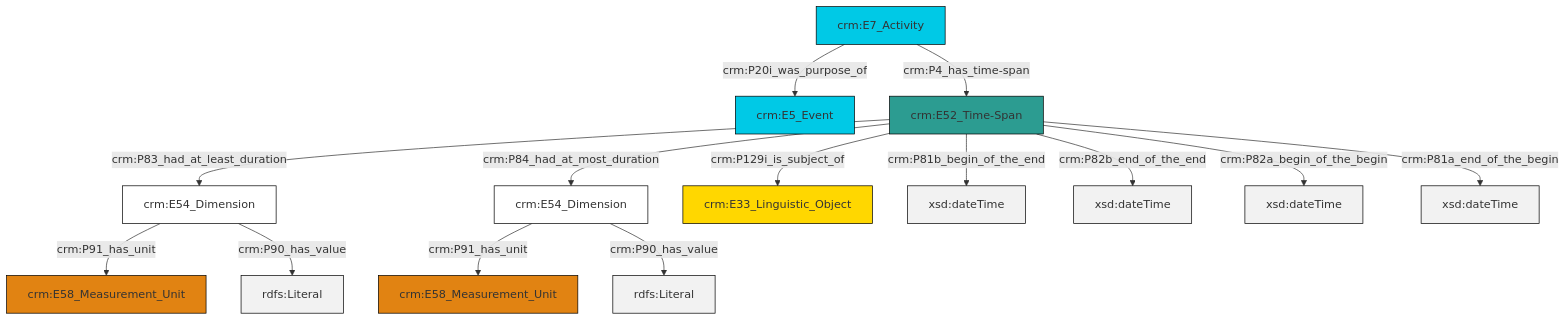
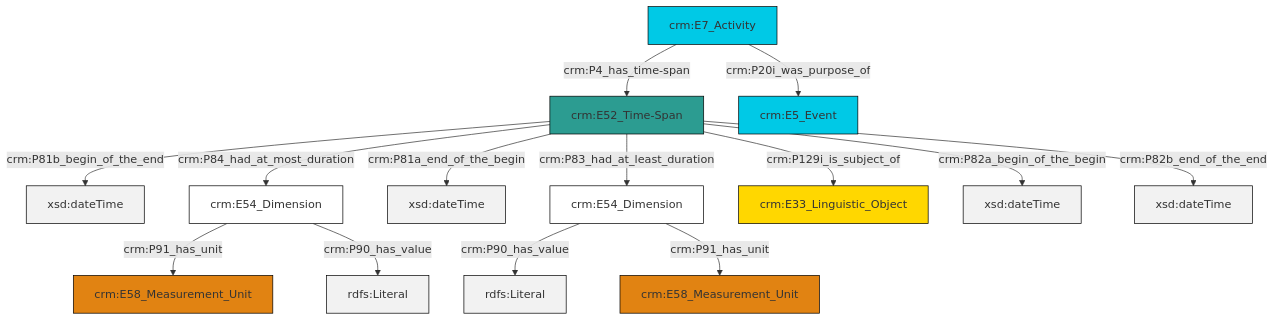
One commit to swiss-art-research-net/reference-data-models changed the diagram in et/eventCSV/ttl/mmd/event_existence.ttl.mmd. Above: the diagram before and after it, drawn with Mermaid. The commit also changed 153 other files, not shown here.

```diff
--- a/et/eventCSV/ttl/mmd/event_existence.ttl.mmd
+++ b/et/eventCSV/ttl/mmd/event_existence.ttl.mmd
@@ -1,28 +1,28 @@
 graph TD
 classDef Literal fill:#f2f2f2,stroke:#000000;
 classDef CRM_Entity fill:#FFFFFF,stroke:#000000;
 classDef Temporal_Entity fill:#00C9E6, stroke:#000000;
 classDef Type fill:#E18312, stroke:#000000;
 classDef Time-Span fill:#2C9C91, stroke:#000000;
 classDef Appellation fill:#FFEB7F, stroke:#000000;
 classDef Place fill:#008836, stroke:#000000;
 classDef Persistent_Item fill:#B266B2, stroke:#000000;
 classDef Conceptual_Object fill:#FFD700, stroke:#000000;
 classDef Physical_Thing fill:#D2B48C, stroke:#000000;
 classDef Actor fill:#f58aad, stroke:#000000;
 classDef PC_Classes fill:#4ce600, stroke:#000000;
 classDef Multi fill:#cccccc,stroke:#000000;
 
-0["crm:E54_Dimension"]:::CRM_Entity -->|crm:P91_has_unit| 1["crm:E58_Measurement_Unit"]:::Type
-4["crm:E52_Time-Span"]:::Time-Span -->|crm:P83_had_at_least_duration| 5["crm:E54_Dimension"]:::CRM_Entity
-7["crm:E7_Activity"]:::Temporal_Entity -->|crm:P20i_was_purpose_of| 2["crm:E5_Event"]:::Temporal_Entity
-0["crm:E54_Dimension"]:::CRM_Entity -->|crm:P90_has_value| 10[rdfs:Literal]:::Literal
-5["crm:E54_Dimension"]:::CRM_Entity -->|crm:P91_has_unit| 11["crm:E58_Measurement_Unit"]:::Type
-4["crm:E52_Time-Span"]:::Time-Span -->|crm:P129i_is_subject_of| 8["crm:E33_Linguistic_Object"]:::Conceptual_Object
-4["crm:E52_Time-Span"]:::Time-Span -->|crm:P84_had_at_most_duration| 0["crm:E54_Dimension"]:::CRM_Entity
-4["crm:E52_Time-Span"]:::Time-Span -->|crm:P81b_begin_of_the_end| 13[xsd:dateTime]:::Literal
-5["crm:E54_Dimension"]:::CRM_Entity -->|crm:P90_has_value| 14[rdfs:Literal]:::Literal
-4["crm:E52_Time-Span"]:::Time-Span -->|crm:P82b_end_of_the_end| 15[xsd:dateTime]:::Literal
-7["crm:E7_Activity"]:::Temporal_Entity -->|crm:P4_has_time-span| 4["crm:E52_Time-Span"]:::Time-Span
-4["crm:E52_Time-Span"]:::Time-Span -->|crm:P82a_begin_of_the_begin| 18[xsd:dateTime]:::Literal
-4["crm:E52_Time-Span"]:::Time-Span -->|crm:P81a_end_of_the_begin| 19[xsd:dateTime]:::Literal
+0["crm:E52_Time-Span"]:::Time-Span -->|crm:P81b_begin_of_the_end| 2[xsd:dateTime]:::Literal
+3["crm:E54_Dimension"]:::CRM_Entity -->|crm:P91_has_unit| 4["crm:E58_Measurement_Unit"]:::Type
+0["crm:E52_Time-Span"]:::Time-Span -->|crm:P81a_end_of_the_begin| 7[xsd:dateTime]:::Literal
+8["crm:E54_Dimension"]:::CRM_Entity -->|crm:P90_has_value| 9[rdfs:Literal]:::Literal
+11["crm:E7_Activity"]:::Temporal_Entity -->|crm:P20i_was_purpose_of| 5["crm:E5_Event"]:::Temporal_Entity
+8["crm:E54_Dimension"]:::CRM_Entity -->|crm:P91_has_unit| 14["crm:E58_Measurement_Unit"]:::Type
+0["crm:E52_Time-Span"]:::Time-Span -->|crm:P82a_begin_of_the_begin| 15[xsd:dateTime]:::Literal
+0["crm:E52_Time-Span"]:::Time-Span -->|crm:P82b_end_of_the_end| 19[xsd:dateTime]:::Literal
+11["crm:E7_Activity"]:::Temporal_Entity -->|crm:P4_has_time-span| 0["crm:E52_Time-Span"]:::Time-Span
+0["crm:E52_Time-Span"]:::Time-Span -->|crm:P84_had_at_most_duration| 3["crm:E54_Dimension"]:::CRM_Entity
+0["crm:E52_Time-Span"]:::Time-Span -->|crm:P83_had_at_least_duration| 8["crm:E54_Dimension"]:::CRM_Entity
+0["crm:E52_Time-Span"]:::Time-Span -->|crm:P129i_is_subject_of| 12["crm:E33_Linguistic_Object"]:::Conceptual_Object
+3["crm:E54_Dimension"]:::CRM_Entity -->|crm:P90_has_value| 21[rdfs:Literal]:::Literal
```
